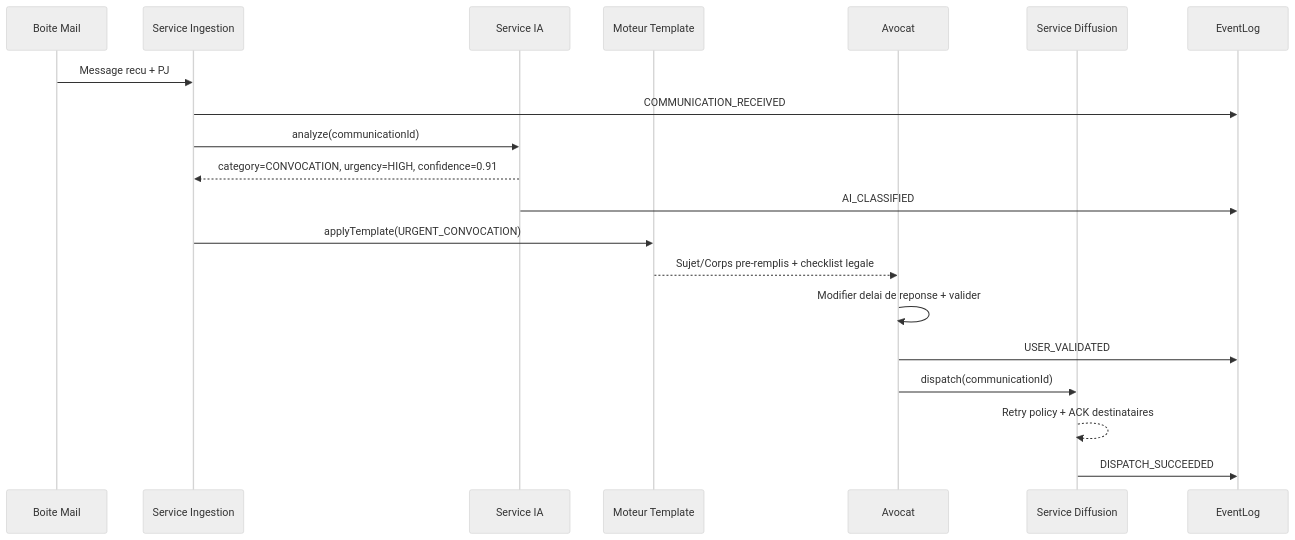
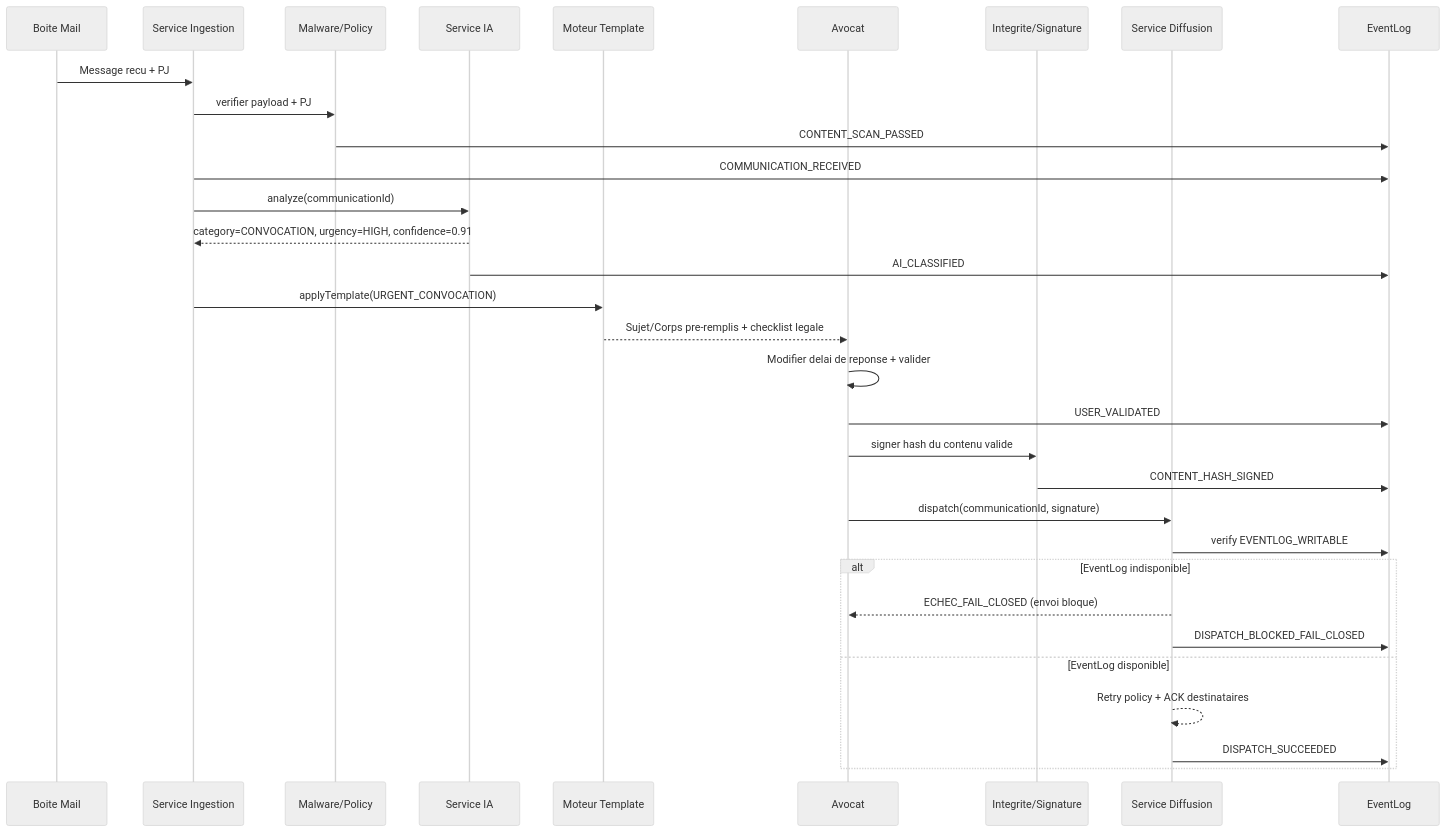
The fourth of 4 diagrams in docs/WORKFLOW_COMMUNICATION.md (mobby57/memoLib), drawn with Mermaid (neutral theme) before and after one commit. The commit also changed other lines of this file and 1 other file, not shown here.

First line of the commit message:
docs(security): embed P0 threat controls in app diagrams

````diff
--- a/docs/WORKFLOW_COMMUNICATION.md
+++ b/docs/WORKFLOW_COMMUNICATION.md
@@ -344,23 +379,35 @@
 ```mermaid
 sequenceDiagram
     participant Inbox as Boite Mail
     participant Ingest as Service Ingestion
+    participant Scan as Malware/Policy
     participant AI as Service IA
     participant Tpl as Moteur Template
     participant User as Avocat
+    participant Hash as Integrite/Signature
     participant Dispatch as Service Diffusion
     participant Log as EventLog
 
     Inbox->>Ingest: Message recu + PJ
+    Ingest->>Scan: verifier payload + PJ
+    Scan->>Log: CONTENT_SCAN_PASSED
     Ingest->>Log: COMMUNICATION_RECEIVED
     Ingest->>AI: analyze(communicationId)
     AI-->>Ingest: category=CONVOCATION, urgency=HIGH, confidence=0.91
     AI->>Log: AI_CLASSIFIED
     Ingest->>Tpl: applyTemplate(URGENT_CONVOCATION)
     Tpl-->>User: Sujet/Corps pre-remplis + checklist legale
     User->>User: Modifier delai de reponse + valider
     User->>Log: USER_VALIDATED
-    User->>Dispatch: dispatch(communicationId)
-    Dispatch-->>Dispatch: Retry policy + ACK destinataires
-    Dispatch->>Log: DISPATCH_SUCCEEDED
+    User->>Hash: signer hash du contenu valide
+    Hash->>Log: CONTENT_HASH_SIGNED
+    User->>Dispatch: dispatch(communicationId, signature)
+    Dispatch->>Log: verify EVENTLOG_WRITABLE
+    alt EventLog indisponible
+        Dispatch-->>User: ECHEC_FAIL_CLOSED (envoi bloque)
+        Dispatch->>Log: DISPATCH_BLOCKED_FAIL_CLOSED
+    else EventLog disponible
+        Dispatch-->>Dispatch: Retry policy + ACK destinataires
+        Dispatch->>Log: DISPATCH_SUCCEEDED
+    end
 ```
````
